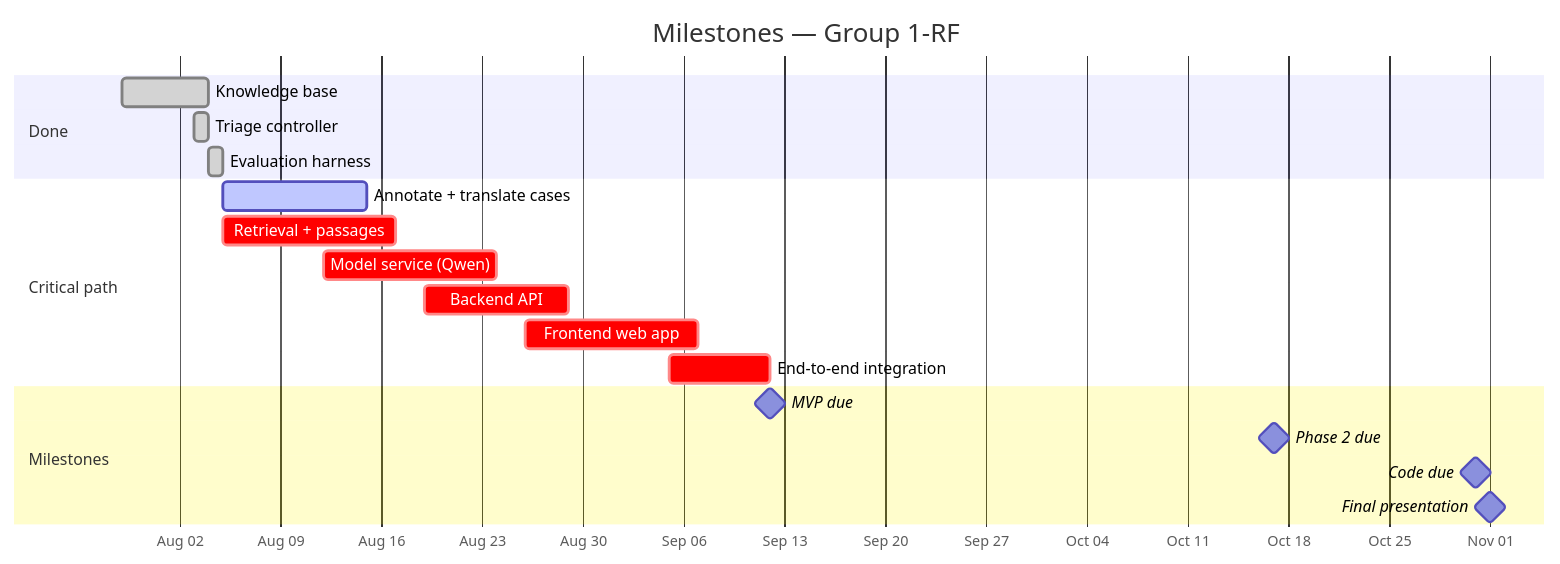
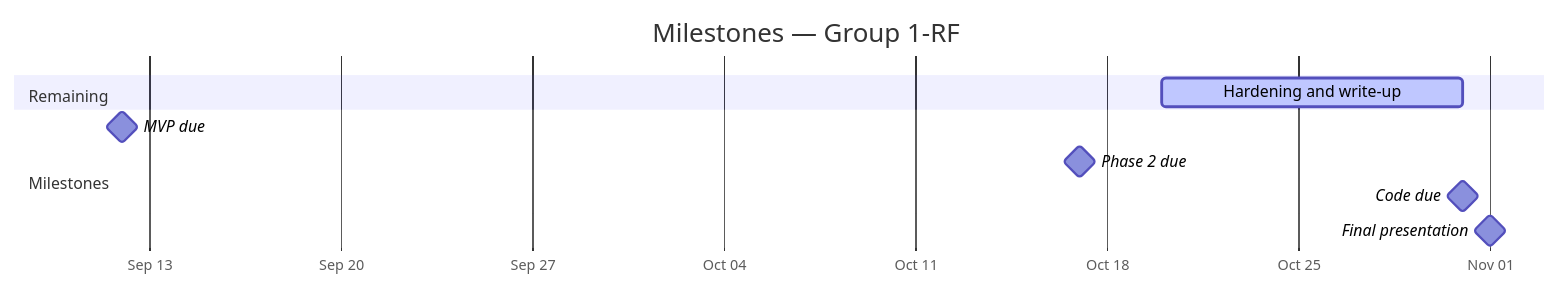
One commit to HerHealthGPT/herhealthgpt changed the diagram in docs/ROADMAP.md. Above: the diagram before and after it, drawn with Mermaid. The commit also changed other lines of this file and 23 other files, not shown here.

````diff
--- a/docs/ROADMAP.md
+++ b/docs/ROADMAP.md
@@ -10,25 +12,15 @@
 ```mermaid
 gantt
     title Milestones — Group 1-RF
     dateFormat YYYY-MM-DD
     axisFormat %b %d
 
-    section Done
-    Knowledge base            :done, kb, 2026-07-29, 2026-08-04
-    Triage controller         :done, tc, 2026-08-03, 2026-08-04
-    Evaluation harness        :done, eh, 2026-08-04, 1d
-
-    section Critical path
-    Annotate + translate cases :active, an, 2026-08-05, 10d
-    Retrieval + passages       :crit, rt, 2026-08-05, 12d
-    Model service (Qwen)       :crit, ms, 2026-08-12, 12d
-    Backend API                :crit, api, 2026-08-19, 10d
-    Frontend web app           :crit, fe, 2026-08-26, 12d
-    End-to-end integration     :crit, e2e, 2026-09-05, 7d
+    section Remaining
+    Hardening and write-up    :active, wr, 2026-10-20, 2026-10-31
 
     section Milestones
     MVP due                   :milestone, m1, 2026-09-12, 0d
     Phase 2 due               :milestone, m2, 2026-10-17, 0d
     Code due                  :milestone, m3, 2026-10-31, 0d
     Final presentation        :milestone, m4, 2026-11-01, 0d
 ```
````
